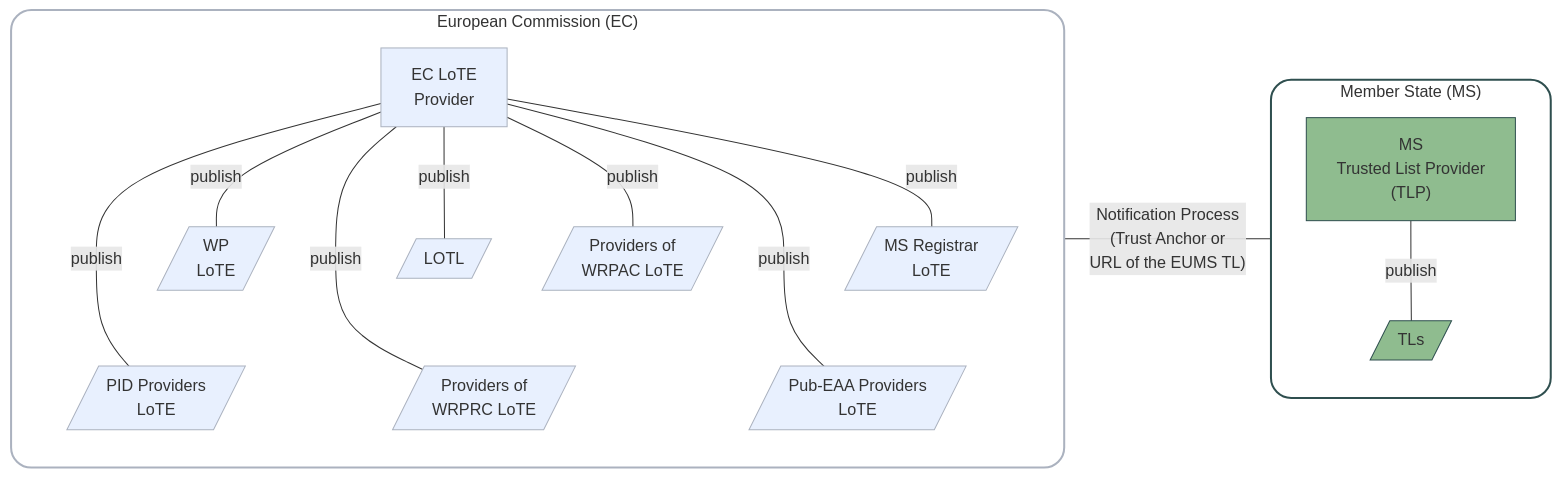
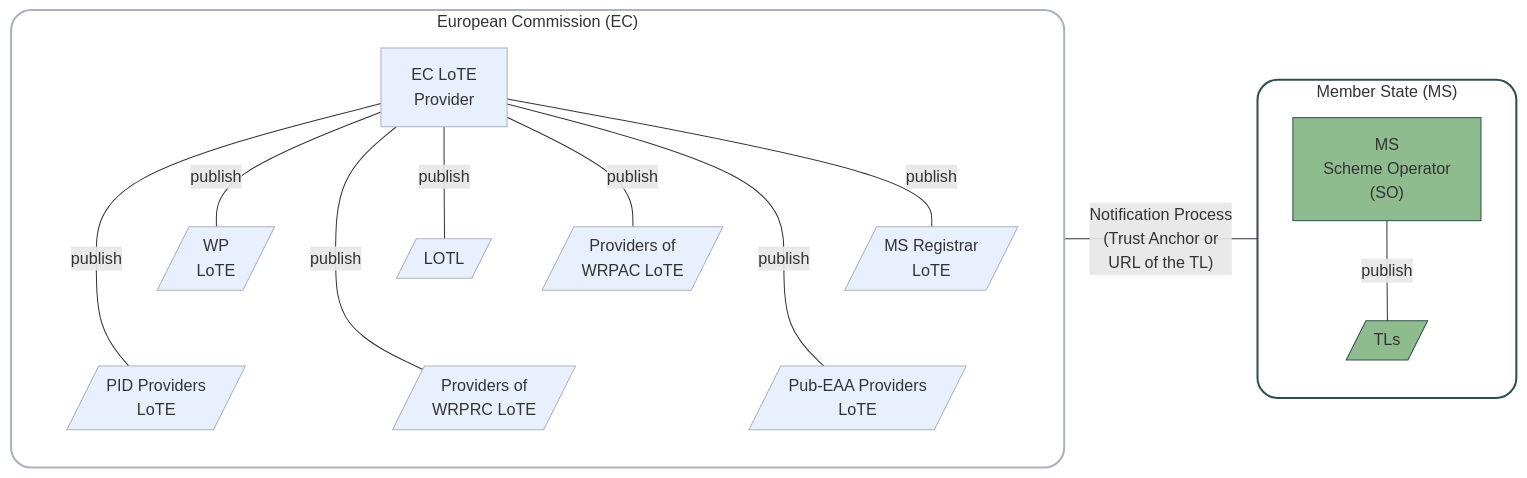
One commit to APTITUDE-Consortium/wp2-trust-specifications changed the third of 4 diagrams in docs/topics/trust-architecture.md. Above: the diagram before and after it, drawn with Mermaid. The commit also changed other lines of this file and 7 other files, not shown here.

````diff
--- a/docs/topics/trust-architecture.md
+++ b/docs/topics/trust-architecture.md
@@ -109,43 +109,43 @@
     ```mermaid
     graph LR
 
     subgraph MS["Member State (MS)"]
-        MSTLP["MS  <br/>Trusted List Provider  <br/>(TLP)"]
+        MSTLP["MS  <br/>Scheme Operator  <br/>(SO)"]
         TLs[/TLs/]
         MSTLP ---|"publish"| TLs
     end
 
     subgraph EC["European Commission (EC)"]
         ECLoTE[EC LoTE <br/>Provider]
         LoTE1[/WP <br/>LoTE/]
         LoTE2[/PID Providers <br/>LoTE/]
         LoTE3[/Providers of <br/>WRPAC LoTE/]
         LoTE4[/Providers of <br/>WRPRC LoTE/]
         LoTE5[/MS Registrar <br/>LoTE/]
         LoTE6[/Pub-EAA Providers <br/>LoTE/]
         LOTL[/LOTL/]
         ECLoTE ---|"publish"| LoTE1
         ECLoTE ---|"publish"| LoTE2
         ECLoTE ---|"publish"| LoTE3
         ECLoTE ---|"publish"| LoTE4
         ECLoTE ---|"publish"| LoTE5
         ECLoTE ---|"publish"| LoTE6
         ECLoTE ---|"publish"| LOTL
     end
 
     LoTE1 ~~~ LoTE2
     LoTE3 ~~~ LoTE4
     LoTE5 ~~~ LoTE6
 
     %% Style
     style EC fill:#ffff,stroke:#abb2bf,stroke-width:2px,rx:20,ry:20
     style MS fill:#ffff,stroke:#2f4f4f,stroke-width:2px,rx:20,ry:20
     classDef blue fill:#e8f0fe,stroke:#abb2bf
     classDef green fill:#8fbc8f,stroke:#2f4f4f
 
     class ECLoTE,ECNS,LoTE1,LoTE2,LoTE3,LoTE4,LoTE5,LoTE6,LOTL blue;
     class MSTLP,TLs green;
 
     %% Arrows
-    EC ---|"Notification Process <br/>(Trust Anchor or <br/>URL of the EUMS TL)"| MS
+    EC ---|"Notification Process <br/>(Trust Anchor or <br/>URL of the TL)"| MS
     ```
````
